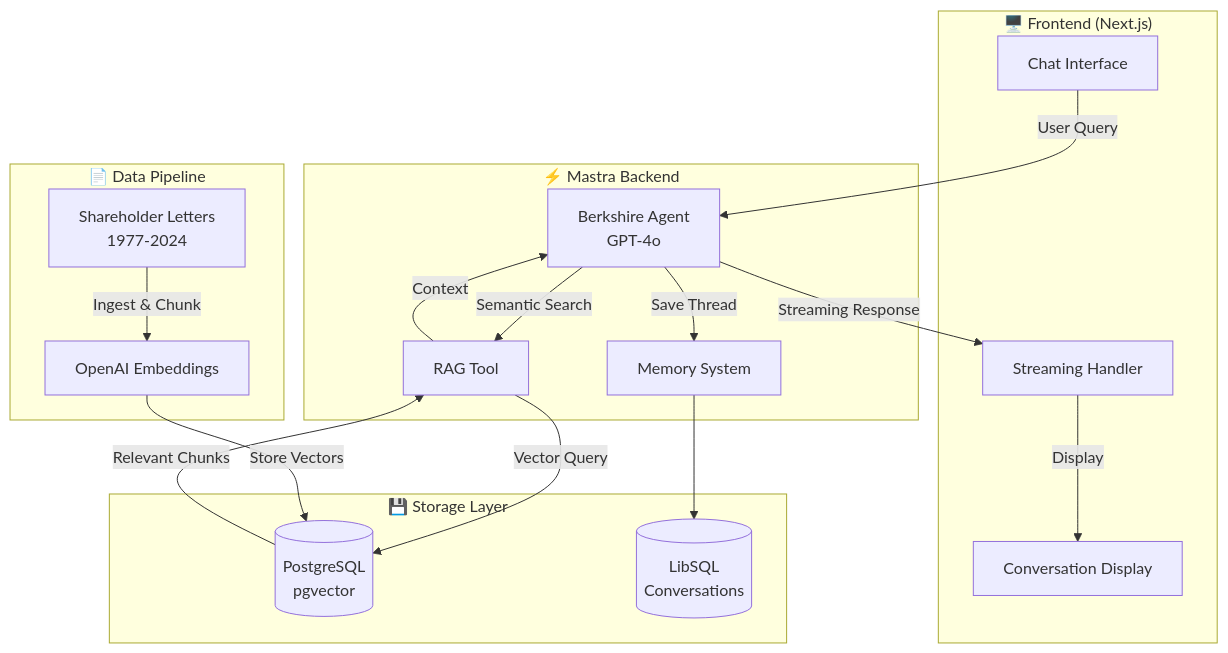
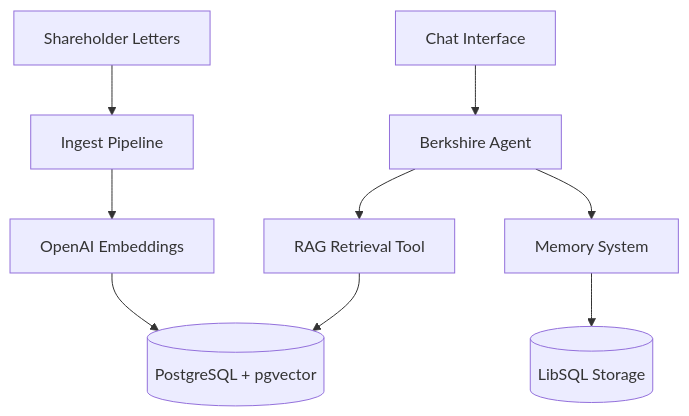
Before and after one commit to delisha02/berkshire-hathaway-intelligence: the diagram in README.md, drawn with Mermaid. The commit also changed other lines of this file, not shown here.

````diff
--- a/README.md
+++ b/README.md
@@ -16,37 +18,11 @@
 ```mermaid
 flowchart TB
-    subgraph Frontend["🖥️ Frontend (Next.js)"]
-        UI[Chat Interface]
-        Stream[Streaming Handler]
-        Memory[Conversation Display]
-    end
-
-    subgraph Mastra["⚡ Mastra Backend"]
-        Agent[Berkshire Agent<br/>GPT-4o]
-        RAG[RAG Tool]
-        MemoryStore[Memory System]
-    end
-
-    subgraph Storage["💾 Storage Layer"]
-        PG[(PostgreSQL<br/>pgvector)]
-        LibSQL[(LibSQL<br/>Conversations)]
-    end
-
-    subgraph Data["📄 Data Pipeline"]
-        PDF[Shareholder Letters<br/>1977-2024]
-        Embed[OpenAI Embeddings]
-    end
-
-    UI --> |User Query| Agent
-    Agent --> |Semantic Search| RAG
-    RAG --> |Vector Query| PG
-    PG --> |Relevant Chunks| RAG
-    RAG --> |Context| Agent
-    Agent --> |Streaming Response| Stream
-    Stream --> |Display| Memory
-    Agent --> |Save Thread| MemoryStore
-    MemoryStore --> LibSQL
-
-    PDF --> |Ingest & Chunk| Embed
-    Embed --> |Store Vectors| PG
+    UI[Chat Interface] --> Agent[Berkshire Agent]
+    Agent --> RAG[RAG Retrieval Tool]
+    RAG --> PG[(PostgreSQL + pgvector)]
+    Agent --> Memory[Memory System]
+    Memory --> LibSQL[(LibSQL Storage)]
+    PDF[Shareholder Letters] --> Ingest[Ingest Pipeline]
+    Ingest --> Embed[OpenAI Embeddings]
+    Embed --> PG
 ```
````
